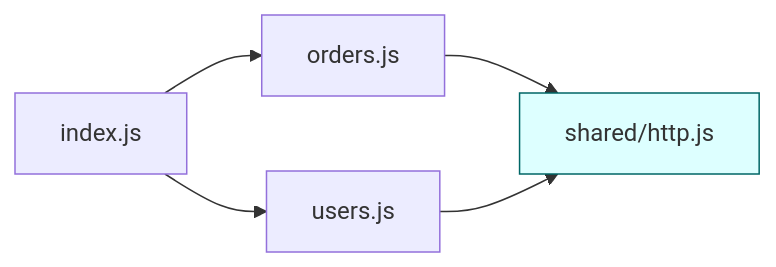
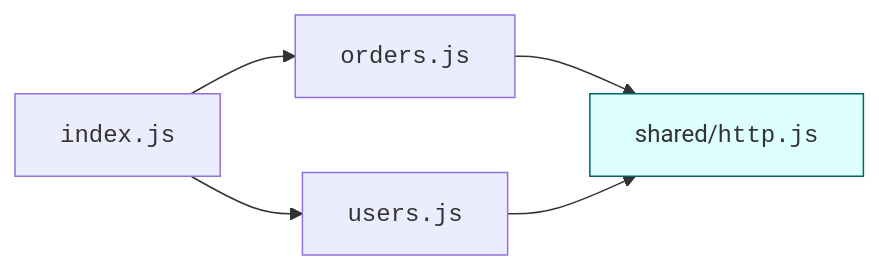
One commit to dataslope/dataslope changed the second of 2 diagrams in content/learn/beginners-javascript/modular-organization.mdx. Above: the diagram before and after it, drawn with Mermaid. The commit also changed other lines of this file and 218 other files, not shown here.

First line of the commit message:
Render code-only mermaid shapes in monospace; convert step sequences to Steps (#467)

````diff
--- a/content/learn/beginners-javascript/modular-organization.mdx
+++ b/content/learn/beginners-javascript/modular-organization.mdx
@@ -225,8 +225,8 @@
 ```mermaid
 flowchart LR
-    A[index.js] --> B[users.js]
-    A --> C[orders.js]
-    C --> D[shared/http.js]
+    A["<code>index.js</code>"] --> B["<code>users.js</code>"]
+    A --> C["<code>orders.js</code>"]
+    C --> D["shared/<code>http.js</code>"]
     B --> D
     style D fill:#dff,stroke:#066
 ```
````
